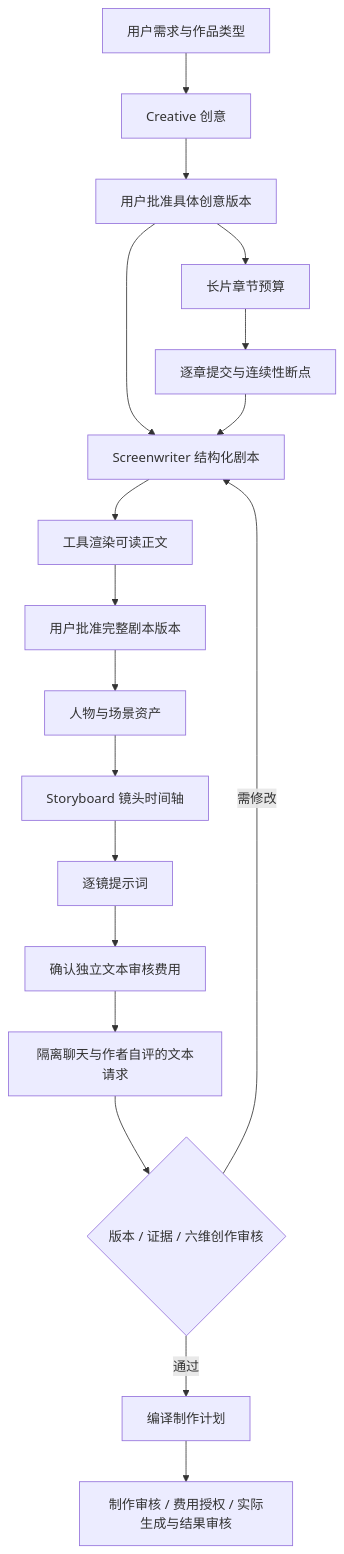
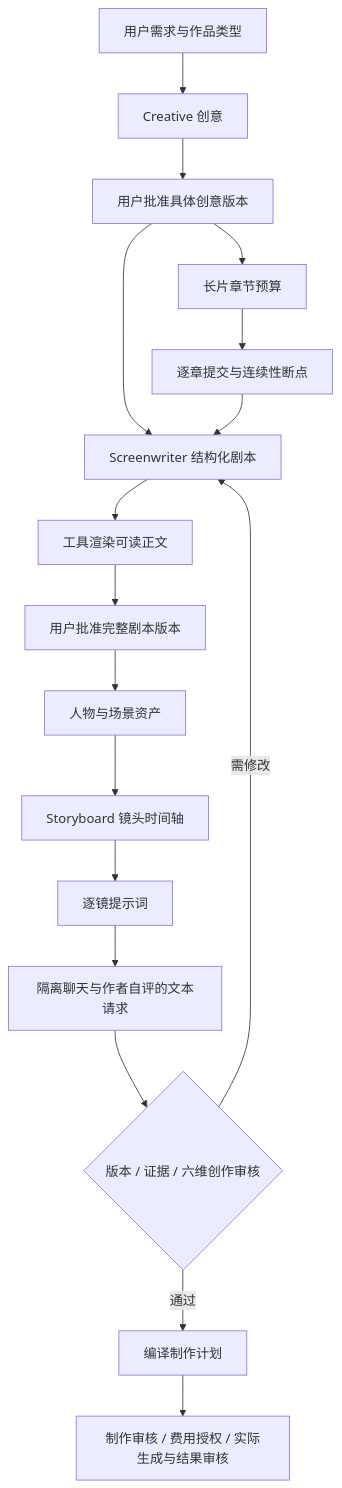
One commit to wxsimon2022/metaontic-video changed the diagram in docs/engineering/creation-quality-architecture.md. Above: the diagram before and after it, drawn with Mermaid. The commit also changed other lines of this file and 4 other files, not shown here.

````diff
--- a/docs/engineering/creation-quality-architecture.md
+++ b/docs/engineering/creation-quality-architecture.md
@@ -5,20 +5,19 @@
 ```mermaid
 flowchart TD
  U[用户需求与作品类型] --> C[Creative 创意]
  C --> CA[用户批准具体创意版本]
  CA --> W[Screenwriter 结构化剧本]
  CA --> CP[长片章节预算]
  CP --> CW[逐章提交与连续性断点]
  CW --> W
  W --> MD[工具渲染可读正文]
  MD --> SA[用户批准完整剧本版本]
  SA --> A[人物与场景资产]
  A --> S[Storyboard 镜头时间轴]
  S --> P[逐镜提示词]
- P --> F[确认独立文本审核费用]
- F --> R[隔离聊天与作者自评的文本请求]
+ P --> R[隔离聊天与作者自评的文本请求]
  R --> Q{版本 / 证据 / 六维创作审核}
  Q -->|需修改| W
  Q -->|通过| X[编译制作计划]
  X --> V[制作审核 / 费用授权 / 实际生成与结果审核]
 ```
````
